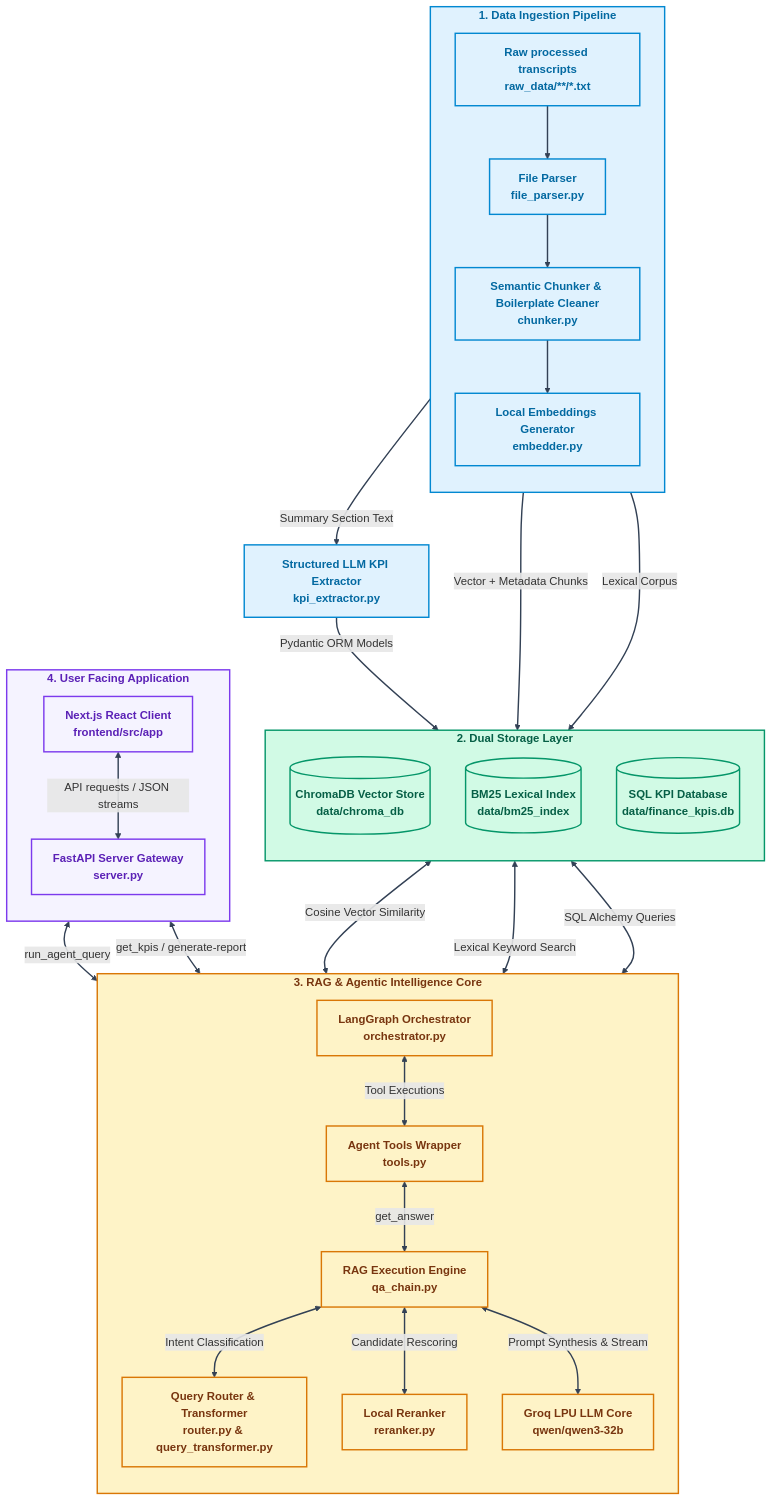
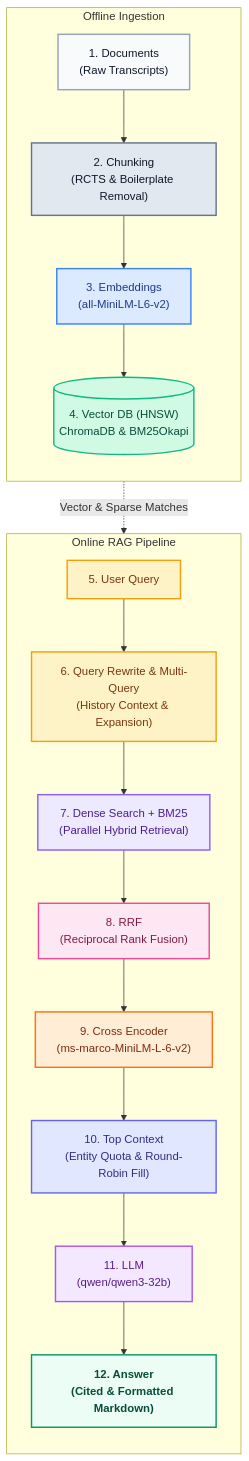
The diagram in docs/detailed_rag_architecture.md (VedantKarne/AURA-Financial-Intelligence), drawn with Mermaid before and after one commit. The commit also changed other lines of this file and 1 other file, not shown here.

Commit message:
docs: recreate comprehensive 12-step rag flowchart matching actual implementation

````diff
--- a/docs/detailed_rag_architecture.md
+++ b/docs/detailed_rag_architecture.md
@@ -13,65 +13,33 @@
 ```mermaid
-flowchart TB
-    classDef ingestion fill:#e0f2fe,stroke:#0288d1,stroke-width:2px,color:#0369a1,font-weight:bold
-    classDef storage fill:#d1fae5,stroke:#059669,stroke-width:2px,color:#065f46,font-weight:bold
-    classDef logic fill:#fef3c7,stroke:#d97706,stroke-width:2px,color:#78350f,font-weight:bold
-    classDef ui fill:#f5f3ff,stroke:#7c3aed,stroke-width:2px,color:#5b21b6,font-weight:bold
+flowchart TD
+    classDef doc fill:#f8fafc,stroke:#94a3b8,stroke-width:2px,color:#0f172a
+    classDef chunk fill:#e2e8f0,stroke:#64748b,stroke-width:2px,color:#0f172a
+    classDef embed fill:#dbeafe,stroke:#3b82f6,stroke-width:2px,color:#1e3a8a
+    classDef db fill:#d1fae5,stroke:#10b981,stroke-width:2px,color:#064e3b
+    classDef query fill:#fef3c7,stroke:#f59e0b,stroke-width:2px,color:#78350f
+    classDef search fill:#ede9fe,stroke:#8b5cf6,stroke-width:2px,color:#4c1d95
+    classDef rrf fill:#fce7f3,stroke:#ec4899,stroke-width:2px,color:#831843
+    classDef rerank fill:#ffedd5,stroke:#f97316,stroke-width:2px,color:#7c2d12
+    classDef context fill:#e0e7ff,stroke:#6366f1,stroke-width:2px,color:#312e81
+    classDef llm fill:#f3e8ff,stroke:#a855f7,stroke-width:2px,color:#581c87
+    classDef answer fill:#ecfdf5,stroke:#059669,stroke-width:2px,color:#064e3b,font-weight:bold
 
-    subgraph Data_Ingestion_Pipeline ["1. Data Ingestion Pipeline"]
+    subgraph Offline_Ingestion ["Offline Ingestion"]
         direction TB
-        A1["Raw processed transcripts<br/>raw_data/**/*.txt"] --> A2["File Parser<br/>file_parser.py"]
-        A2 --> A3["Semantic Chunker & Boilerplate Cleaner<br/>chunker.py"]
-        A3 --> A4["Local Embeddings Generator<br/>embedder.py"]
+        A["1. Documents<br/>(Raw Transcripts)"]:::doc --> B["2. Chunking<br/>(RCTS & Boilerplate Removal)"]:::chunk
+        B --> C["3. Embeddings<br/>(all-MiniLM-L6-v2)"]:::embed
+        C --> D[("4. Vector DB (HNSW)<br/>ChromaDB & BM25Okapi")]:::db
     end
-    class Data_Ingestion_Pipeline ingestion
 
-    subgraph Dual_Storage_Layer ["2. Dual Storage Layer"]
+    subgraph Online_RAG_Pipeline ["Online RAG Pipeline"]
         direction TB
-        B1[("ChromaDB Vector Store<br/>data/chroma_db")]
-        B2[("BM25 Lexical Index<br/>data/bm25_index")]
-        B3[("SQL KPI Database<br/>data/finance_kpis.db")]
+        Q["5. User Query"]:::query --> R["6. Query Rewrite & Multi-Query<br/>(History Context & Expansion)"]:::query
+        R --> S["7. Dense Search + BM25<br/>(Parallel Hybrid Retrieval)"]:::search
+        D -.->|"Vector & Sparse Matches"| S
+        S --> T["8. RRF<br/>(Reciprocal Rank Fusion)"]:::rrf
+        T --> U["9. Cross Encoder<br/>(ms-marco-MiniLM-L-6-v2)"]:::rerank
+        U --> V["10. Top Context<br/>(Entity Quota & Round-Robin Fill)"]:::context
+        V --> W["11. LLM<br/>(qwen/qwen3-32b)"]:::llm
+        W --> X["12. Answer<br/>(Cited & Formatted Markdown)"]:::answer
     end
-    class Dual_Storage_Layer storage
-
-    A4 -->|"Vector + Metadata Chunks"| B1
-    A3 -->|"Lexical Corpus"| B2
-    A2 -->|"Summary Section Text"| A5["Structured LLM KPI Extractor<br/>kpi_extractor.py"]
-    A5 -->|"Pydantic ORM Models"| B3
-
-    subgraph Intelligence_Core ["3. RAG & Agentic Intelligence Core"]
-        direction TB
-        C1["LangGraph Orchestrator<br/>orchestrator.py"]
-        C2["Agent Tools Wrapper<br/>tools.py"]
-        C3["Query Router & Transformer<br/>router.py & query_transformer.py"]
-        C4["RAG Execution Engine<br/>qa_chain.py"]
-        C5["Local Reranker<br/>reranker.py"]
-        C6["Groq LPU LLM Core<br/>qwen/qwen3-32b"]
-    end
-    class Intelligence_Core logic
-
-    B1 <-->|"Cosine Vector Similarity"| C4
-    B2 <-->|"Lexical Keyword Search"| C4
-    B3 <-->|"SQL Alchemy Queries"| C2
-    C1 <-->|"Tool Executions"| C2
-    C2 <-->|"get_answer"| C4
-    C4 <-->|"Intent Classification"| C3
-    C4 <-->|"Candidate Rescoring"| C5
-    C4 <-->|"Prompt Synthesis & Stream"| C6
-
-    subgraph User_Facing ["4. User Facing Application"]
-        direction TB
-        D1["FastAPI Server Gateway<br/>server.py"]
-        D2["Next.js React Client<br/>frontend/src/app"]
-    end
-    class User_Facing ui
-
-    D2 <-->|"API requests / JSON streams"| D1
-    D1 <-->|"run_agent_query"| C1
-    D1 <-->|"get_kpis / generate-report"| C2
-
-    class A1,A2,A3,A4,A5 ingestion
-    class B1,B2,B3 storage
-    class C1,C2,C3,C4,C5,C6 logic
-    class D1,D2 ui
-    linkStyle default stroke:#334155,stroke-width:2px;
 ```
````
